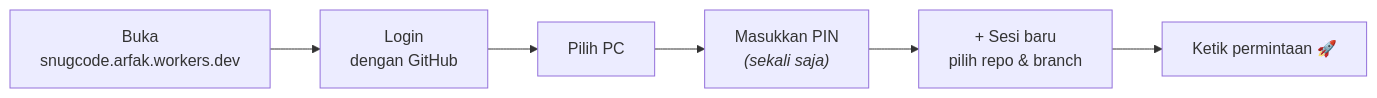
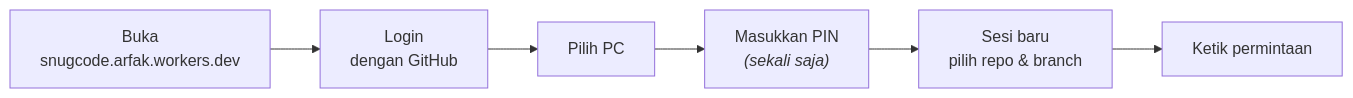
One commit to arfakaisar/snugcode changed the fourth of 5 diagrams in README.md. Above: the diagram before and after it, drawn with Mermaid. The commit also changed other lines of this file and 33 other files, not shown here.

````diff
--- a/README.md
+++ b/README.md
@@ -202,8 +338,8 @@
 ```mermaid
 flowchart LR
     A["Buka<br/>snugcode.arfak.workers.dev"] --> B["Login<br/>dengan GitHub"]
     B --> C["Pilih PC"]
     C --> D["Masukkan PIN<br/><i>(sekali saja)</i>"]
-    D --> E["+ Sesi baru<br/>pilih repo & branch"]
-    E --> F["Ketik permintaan 🚀"]
+    D --> E["Sesi baru<br/>pilih repo & branch"]
+    E --> F["Ketik permintaan"]
 ```
````
